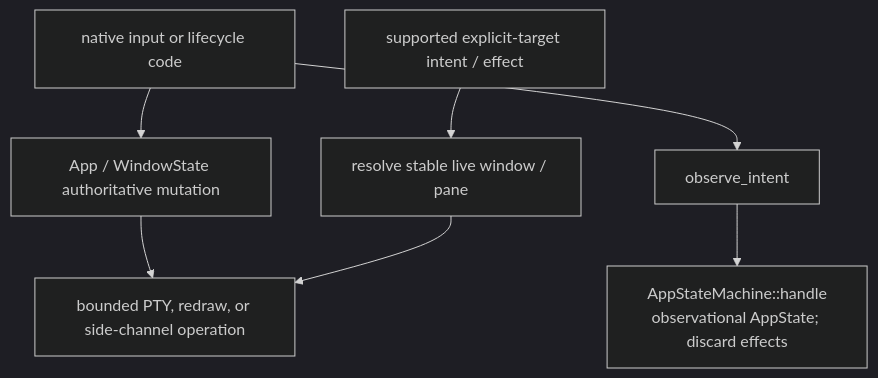
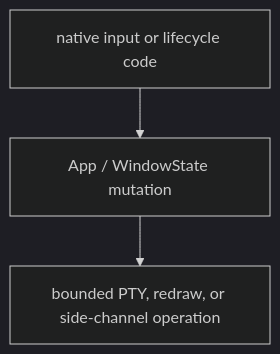
Before and after one commit to D0n9X1n/SonicTerm: the third of 3 diagrams in wiki/Runtime-Lifecycle.md, drawn with Mermaid (dark theme). The commit also changed other lines of this file and 458 other files, not shown here.

````diff
--- a/wiki/Runtime-Lifecycle.md
+++ b/wiki/Runtime-Lifecycle.md
@@ -324,14 +321,8 @@
 ```mermaid
 flowchart TD
     source["native input or lifecycle code"]
-    live["App / WindowState authoritative mutation"]
-    observe["observe_intent"]
-    machine["AppStateMachine::handle<br/>observational AppState; discard effects"]
-    explicit["supported explicit-target intent / effect"]
-    resolve["resolve stable live window / pane"]
+    live["App / WindowState mutation"]
     boundary["bounded PTY, redraw, or side-channel operation"]
 
     source --> live --> boundary
-    source --> observe --> machine
-    explicit --> resolve --> boundary
 ```
````
